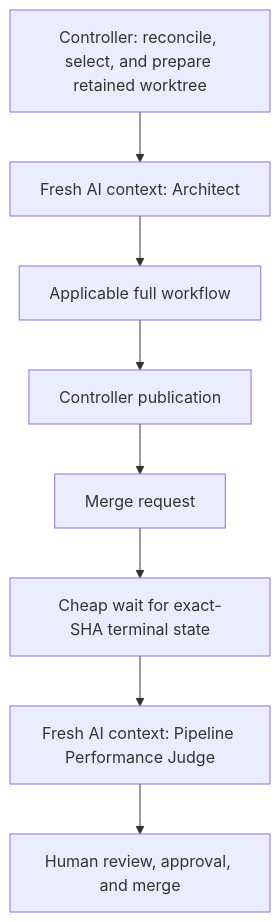
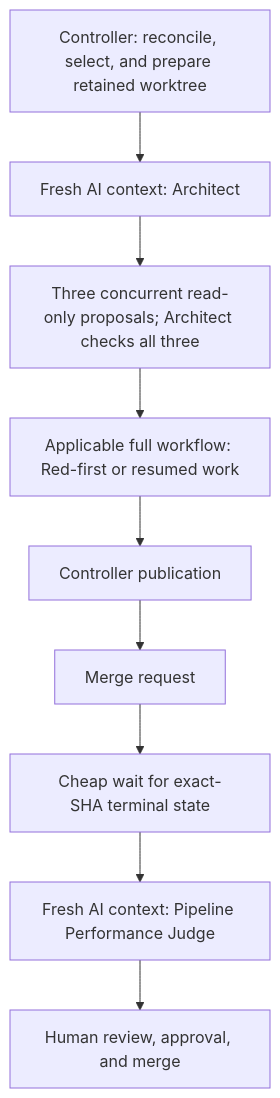
Before and after one commit to dfwguy/nvis-ova-agentic-copier: the third of 5 diagrams in template/docs/explanation/agentic-workflow.md, drawn with Mermaid. The commit also changed other lines of this file and 26 other files, not shown here.

Commit message:
feat: add architect proposal gate

````diff
--- a/template/docs/explanation/agentic-workflow.md
+++ b/template/docs/explanation/agentic-workflow.md
@@ -299,11 +337,12 @@
 ```mermaid
 flowchart TD
     reconcile["Controller: reconcile, select, and prepare retained worktree"]
     reconcile --> fresharchitect["Fresh AI context: Architect"]
-    fresharchitect --> fullworkflow["Applicable full workflow"]
+    fresharchitect --> serialproposals["Three concurrent read-only proposals; Architect checks all three"]
+    serialproposals --> fullworkflow["Applicable full workflow: Red-first or resumed work"]
     fullworkflow --> controllerpublish["Controller publication"]
     controllerpublish --> serialmr["Merge request"]
     serialmr --> wait["Cheap wait for exact-SHA terminal state"]
     wait --> freshpipeline["Fresh AI context: Pipeline Performance Judge"]
     freshpipeline --> serialhuman["Human review, approval, and merge"]
 ```
````
